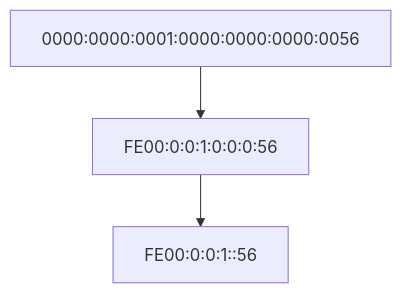
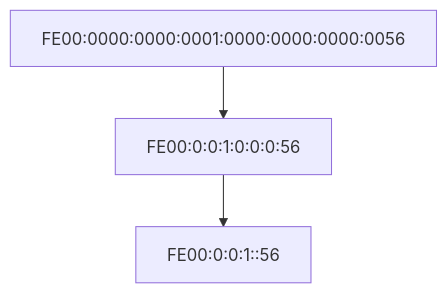
The third of 4 diagrams in _posts/2022-02-13-protocolo-ipv6.md (marcosruiz/marcosruiz.github.io), drawn with Mermaid before and after one commit. The commit also changed other lines of this file and 1 other file, not shown here.

````diff
--- a/_posts/2022-02-13-protocolo-ipv6.md
+++ b/_posts/2022-02-13-protocolo-ipv6.md
@@ -74,5 +74,5 @@
 ```mermaid
 graph TD;
-0000:0000:0001:0000:0000:0000:0056-->FE00:0:0:1:0:0:0:56;
+FE00:0000:0000:0001:0000:0000:0000:0056-->FE00:0:0:1:0:0:0:56;
 FE00:0:0:1:0:0:0:56-->FE00:0:0:1::56;
 ```
````
